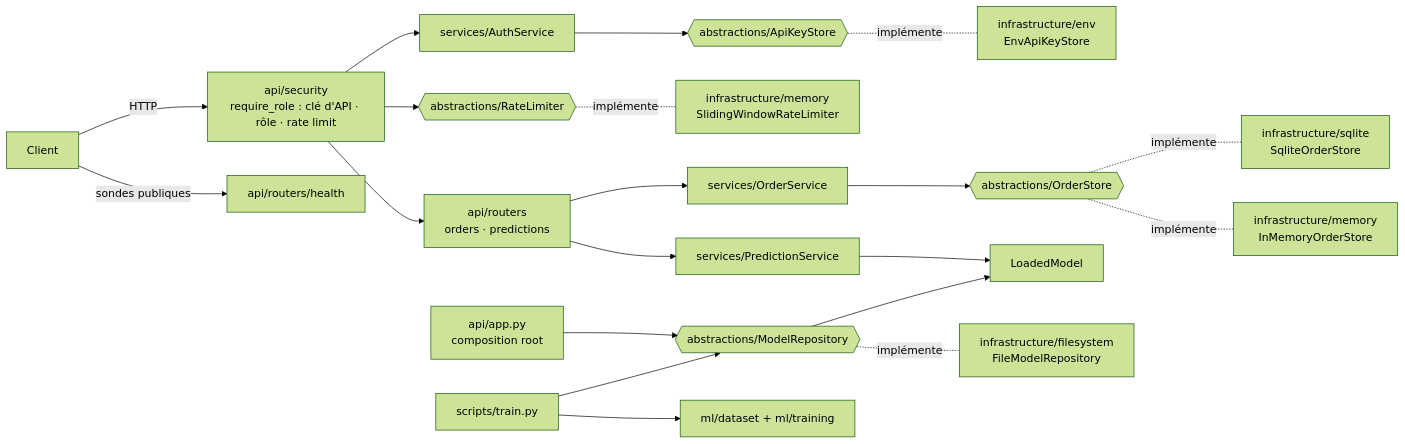
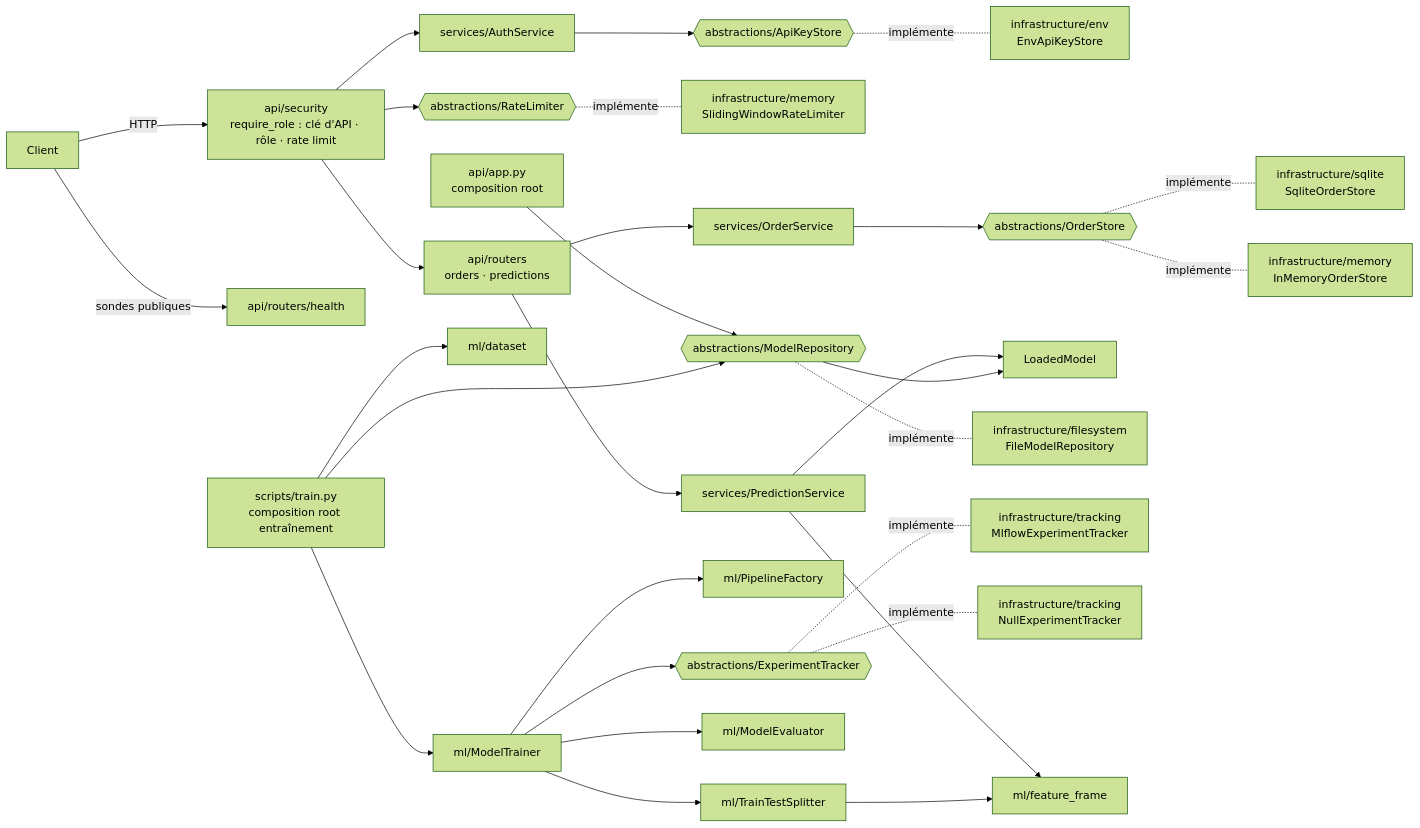
The first of 2 diagrams in docs/architecture.md (Min3r0/Industrialisation_IA_Cloud), drawn with Mermaid (forest theme) before and after one commit. The commit also changed other lines of this file and 64 other files, not shown here.

First line of the commit message:
feat: Implement MLflow tracking for training experiments

````diff
--- a/docs/architecture.md
+++ b/docs/architecture.md
@@ -14,22 +14,31 @@
 ```mermaid
 flowchart LR
     Client -->|HTTP| SEC[api/security<br/>require_role : clé d'API · rôle · rate limit]
     Client -->|sondes publiques| H[api/routers/health]
     SEC --> API[api/routers<br/>orders · predictions]
     SEC --> AS[services/AuthService]
     AS --> KSP{{abstractions/ApiKeyStore}}
     SEC --> RLP{{abstractions/RateLimiter}}
     KSP -.implémente.- ENV[infrastructure/env<br/>EnvApiKeyStore]
     RLP -.implémente.- SW[infrastructure/memory<br/>SlidingWindowRateLimiter]
     API --> OS[services/OrderService]
     API --> PS[services/PredictionService]
     OS --> OSP{{abstractions/OrderStore}}
     PS --> LM[LoadedModel]
     APP[api/app.py<br/>composition root] --> MRP{{abstractions/ModelRepository}}
     MRP --> LM
     OSP -.implémente.- SQL[infrastructure/sqlite<br/>SqliteOrderStore]
     OSP -.implémente.- MEM[infrastructure/memory<br/>InMemoryOrderStore]
     MRP -.implémente.- FS[infrastructure/filesystem<br/>FileModelRepository]
-    TRAIN[scripts/train.py] --> ML[ml/dataset + ml/training]
+    TRAIN[scripts/train.py<br/>composition root entraînement] --> DS[ml/dataset]
+    TRAIN --> MT[ml/ModelTrainer]
+    MT --> PF[ml/PipelineFactory]
+    MT --> SP[ml/TrainTestSplitter]
+    MT --> EV[ml/ModelEvaluator]
+    MT --> ETP{{abstractions/ExperimentTracker}}
+    ETP -.implémente.- MLF[infrastructure/tracking<br/>MlflowExperimentTracker]
+    ETP -.implémente.- NUL[infrastructure/tracking<br/>NullExperimentTracker]
+    PS --> FF[ml/feature_frame]
+    SP --> FF
     TRAIN --> MRP
 ```
````
